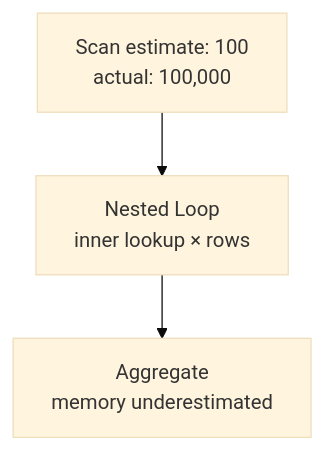
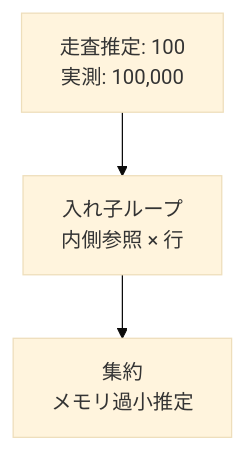
One commit to hirunebot/database-systems-book changed the second of 2 diagrams in src/content/docs/03-query-processing/09-cost-based-optimizer.md. Above: the diagram before and after it, drawn with Mermaid (base theme). The commit also changed other lines of this file and 42 other files, not shown here.

````diff
--- a/src/content/docs/03-query-processing/09-cost-based-optimizer.md
+++ b/src/content/docs/03-query-processing/09-cost-based-optimizer.md
@@ -161,8 +161,8 @@
 ```mermaid
 flowchart TB
-    S["Scan estimate: 100<br/>actual: 100,000"]
-    J["Nested Loop<br/>inner lookup × rows"]
-    A["Aggregate<br/>memory underestimated"]
+    S["走査推定: 100<br/>実測: 100,000"]
+    J["入れ子ループ<br/>内側参照 × 行"]
+    A["集約<br/>メモリ過小推定"]
     S --> J
     J --> A
 ```
````
